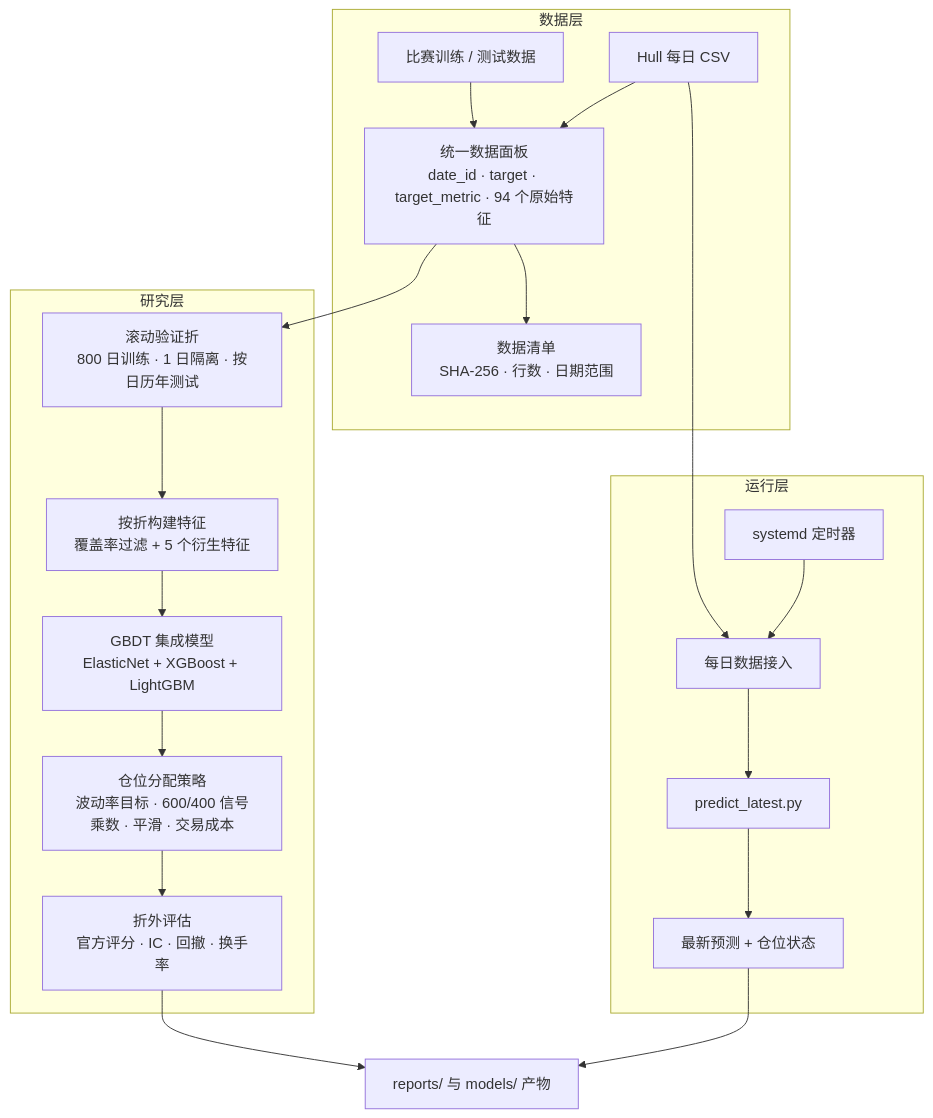
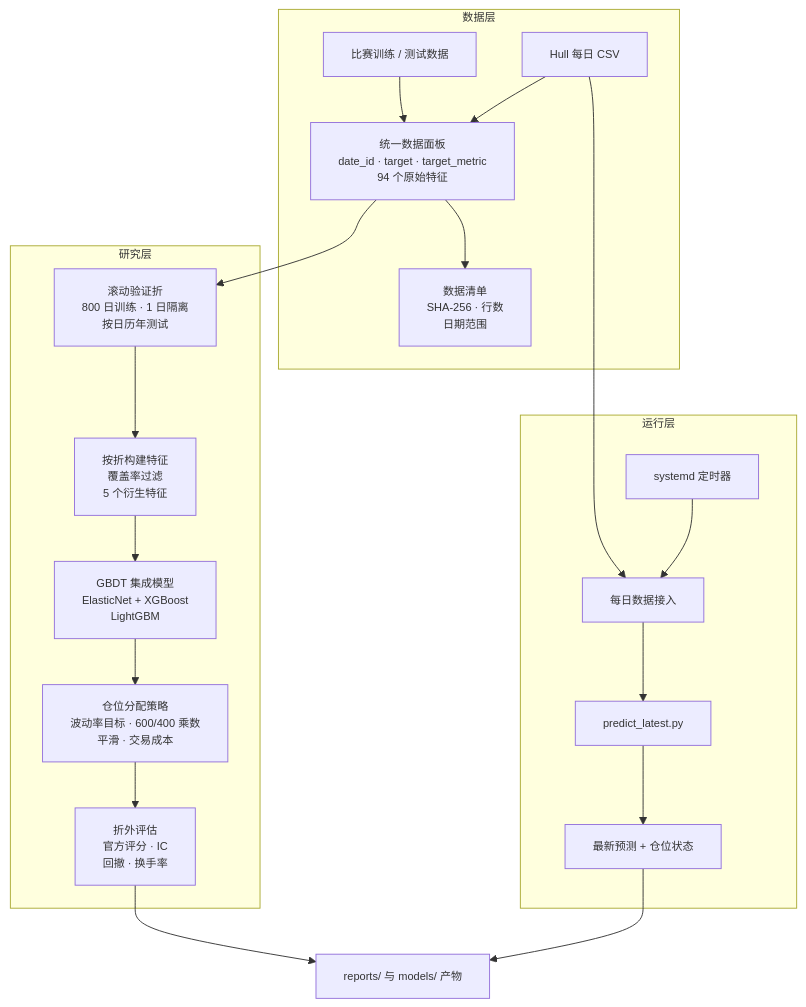
One commit to QuasarHeart/Hull_Tactical_solution changed the first of 3 diagrams in README.md. Above: the diagram before and after it, drawn with Mermaid. The commit also changed other lines of this file, not shown here.

Commit message:
docs: add competition background and fix mermaid rendering

````diff
--- a/README.md
+++ b/README.md
@@ -29,38 +48,39 @@
 ```mermaid
+%%{init: {"themeVariables": {"fontSize": "12px"}, "flowchart": {"wrappingWidth": 300}}}%%
 flowchart TB
     subgraph Data [数据层]
         C["比赛训练 / 测试数据"]
         L["Hull 每日 CSV"]
-        P["统一数据面板<br/>date_id · target · target_metric · 94 个原始特征"]
+        P["统一数据面板<br/>date_id · target · target_metric<br/>94 个原始特征"]
         C --> P
         L --> P
-        P --> H["数据清单<br/>SHA-256 · 行数 · 日期范围"]
+        P --> H["数据清单<br/>SHA-256 · 行数<br/>日期范围"]
     end
 
     subgraph Research [研究层]
-        F["滚动验证折<br/>800 日训练 · 1 日隔离 · 按日历年测试"]
-        B["按折构建特征<br/>覆盖率过滤 + 5 个衍生特征"]
-        M["GBDT 集成模型<br/>ElasticNet + XGBoost + LightGBM"]
-        A["仓位分配策略<br/>波动率目标 · 600/400 信号乘数 · 平滑 · 交易成本"]
-        E["折外评估<br/>官方评分 · IC · 回撤 · 换手率"]
+        F["滚动验证折<br/>800 日训练 · 1 日隔离<br/>按日历年测试"]
+        B["按折构建特征<br/>覆盖率过滤<br/>5 个衍生特征"]
+        M["GBDT 集成模型<br/>ElasticNet + XGBoost<br/>LightGBM"]
+        A["仓位分配策略<br/>波动率目标 · 600/400 乘数<br/>平滑 · 交易成本"]
+        E["折外评估<br/>官方评分 · IC<br/>回撤 · 换手率"]
         P --> F
         F --> B
         B --> M
         M --> A
         A --> E
     end
 
     subgraph Ops [运行层]
         I["每日数据接入"]
         Q["predict_latest.py"]
         S["最新预测 + 仓位状态"]
         T["systemd 定时器"]
         L --> I
         I --> Q
         Q --> S
         T --> I
     end
 
     E --> R1["reports/ 与 models/ 产物"]
     S --> R1
 ```
````
